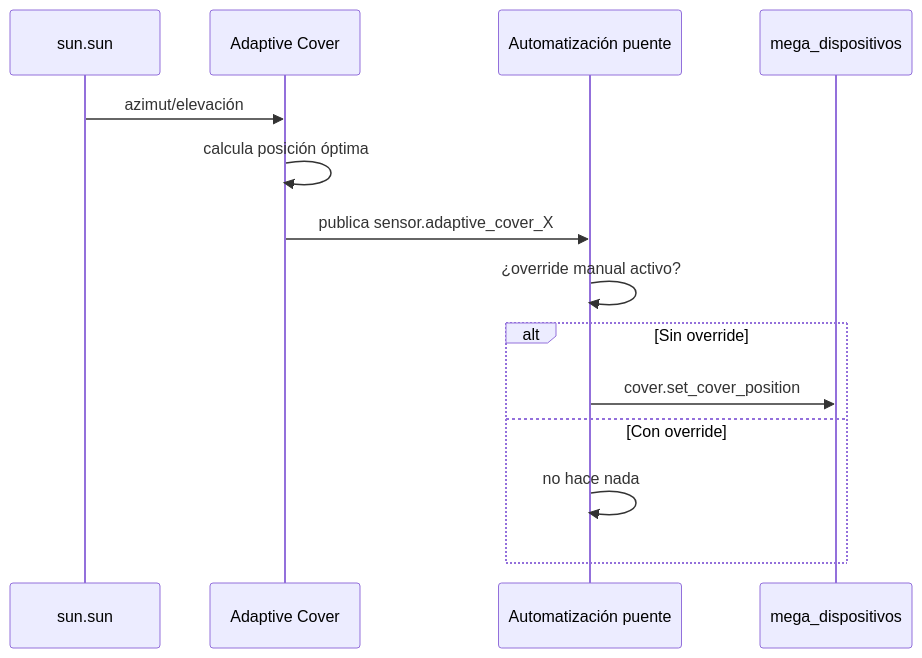
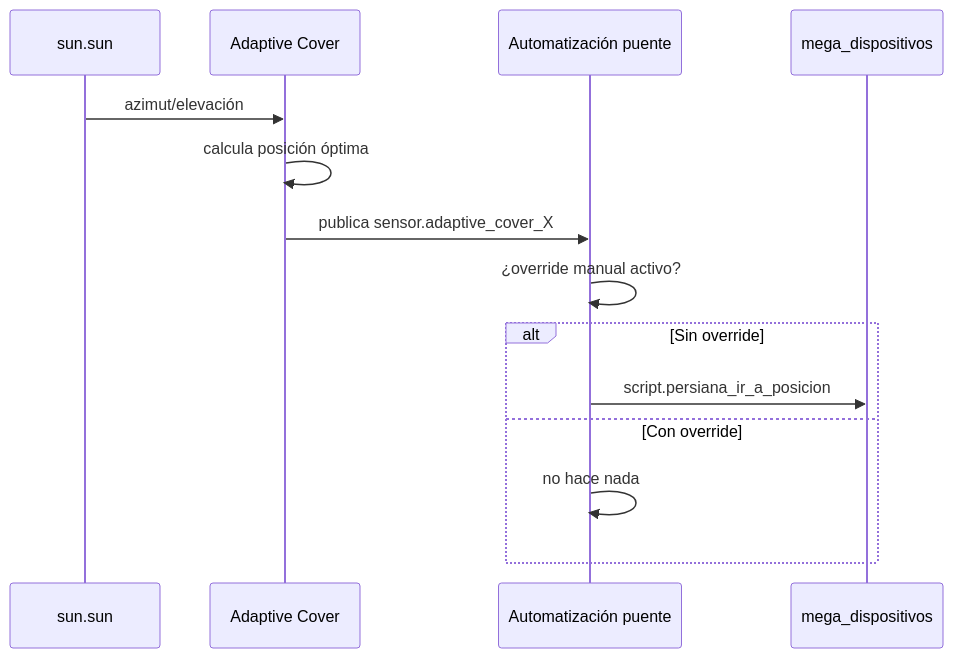
Before and after one commit to GerardUmbert/arduino-mega-mqtt-ha: the diagram in docs/docs/blueprints/adaptive-cover.md, drawn with Mermaid. The commit also changed other lines of this file and 8 other files, not shown here.

````diff
--- a/docs/docs/blueprints/adaptive-cover.md
+++ b/docs/docs/blueprints/adaptive-cover.md
@@ -31,17 +34,17 @@
 ```mermaid
 sequenceDiagram
     participant Sun as sun.sun
     participant AC as Adaptive Cover
     participant Bridge as Automatización puente
     participant Cover as mega_dispositivos
 
     Sun->>AC: azimut/elevación
     AC->>AC: calcula posición óptima
     AC->>Bridge: publica sensor.adaptive_cover_X
     Bridge->>Bridge: ¿override manual activo?
     alt Sin override
-        Bridge->>Cover: cover.set_cover_position
+        Bridge->>Cover: script.persiana_ir_a_posicion
     else Con override
         Bridge->>Bridge: no hace nada
     end
 ```
````
